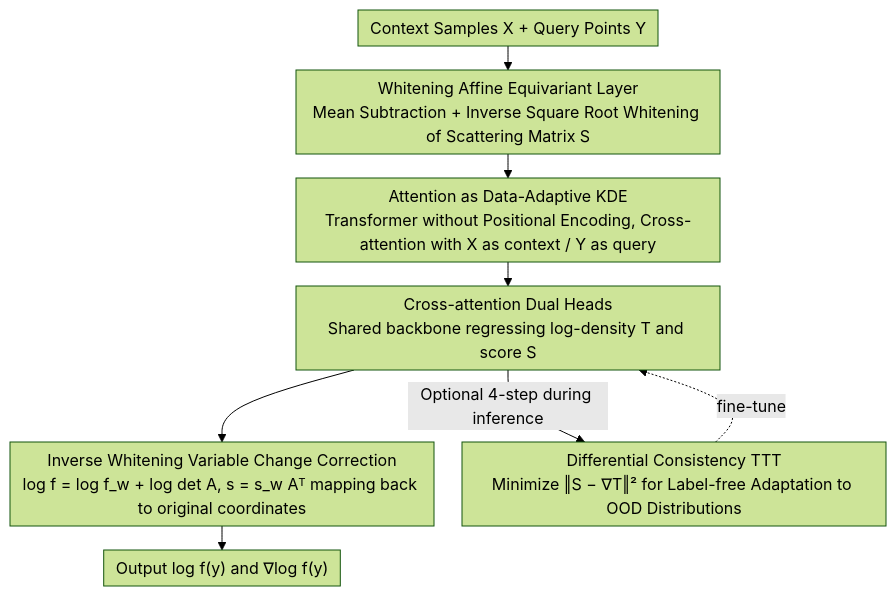
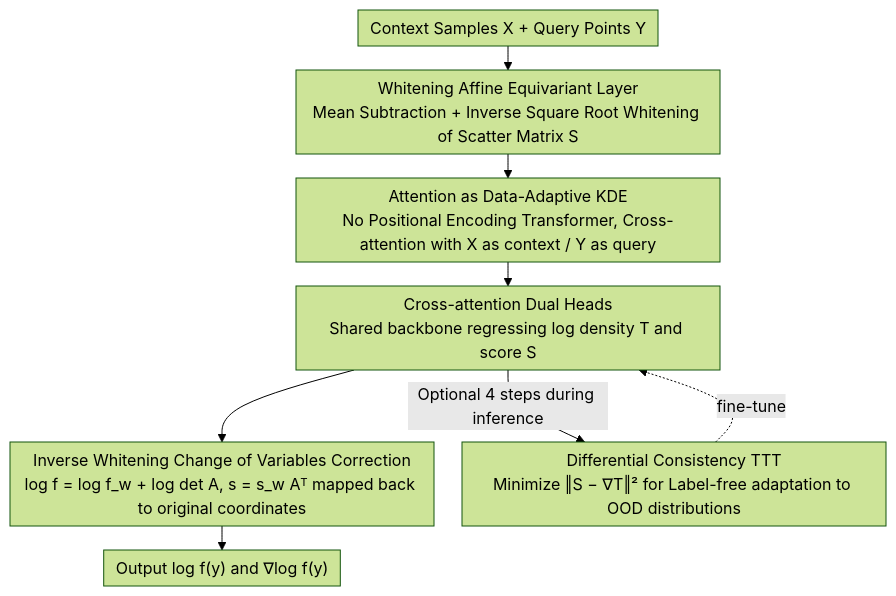
Before and after one commit to zhaoyang97/Paper-Notes-en: the diagram in docs/ICML2026/image_generation/discoformer_plug-in_density_and_score_estimation_with_transformers.md, drawn with Mermaid (forest theme). The commit also changed other lines of this file and 5084 other files, not shown here.

````diff
--- a/docs/ICML2026/image_generation/discoformer_plug-in_density_and_score_estimation_with_transformers.md
+++ b/docs/ICML2026/image_generation/discoformer_plug-in_density_and_score_estimation_with_transformers.md
@@ -43,11 +43,11 @@
 ```mermaid
 %%{init: {'flowchart': {'rankSpacing': 24, 'nodeSpacing': 28, 'padding': 6, 'wrappingWidth': 400}}}%%
 flowchart TD
-    A["Context Samples X + Query Points Y"] --> B["Whitening Affine Equivariant Layer<br/>Mean Subtraction + Inverse Square Root Whitening of Scattering Matrix S"]
-    B --> C["Attention as Data-Adaptive KDE<br/>Transformer without Positional Encoding, Cross-attention with X as context / Y as query"]
-    C --> D["Cross-attention Dual Heads<br/>Shared backbone regressing log-density T and score S"]
-    D --> E["Inverse Whitening Variable Change Correction<br/>log f = log f_w + log det A, s = s_w Aᵀ mapping back to original coordinates"]
+    A["Context Samples X + Query Points Y"] --> B["Whitening Affine Equivariant Layer<br/>Mean Subtraction + Inverse Square Root Whitening of Scatter Matrix S"]
+    B --> C["Attention as Data-Adaptive KDE<br/>No Positional Encoding Transformer, Cross-attention with X as context / Y as query"]
+    C --> D["Cross-attention Dual Heads<br/>Shared backbone regressing log density T and score S"]
+    D --> E["Inverse Whitening Change of Variables Correction<br/>log f = log f_w + log det A, s = s_w Aᵀ mapped back to original coordinates"]
     E --> F["Output log f(y) and ∇log f(y)"]
-    D -->|"Optional 4-step during inference"| G["Differential Consistency TTT<br/>Minimize ‖S − ∇T‖² for Label-free Adaptation to OOD Distributions"]
+    D -->|"Optional 4 steps during inference"| G["Differential Consistency TTT<br/>Minimize ‖S − ∇T‖² for Label-free adaptation to OOD distributions"]
     G -.->|"fine-tune"| D
 ```
````
